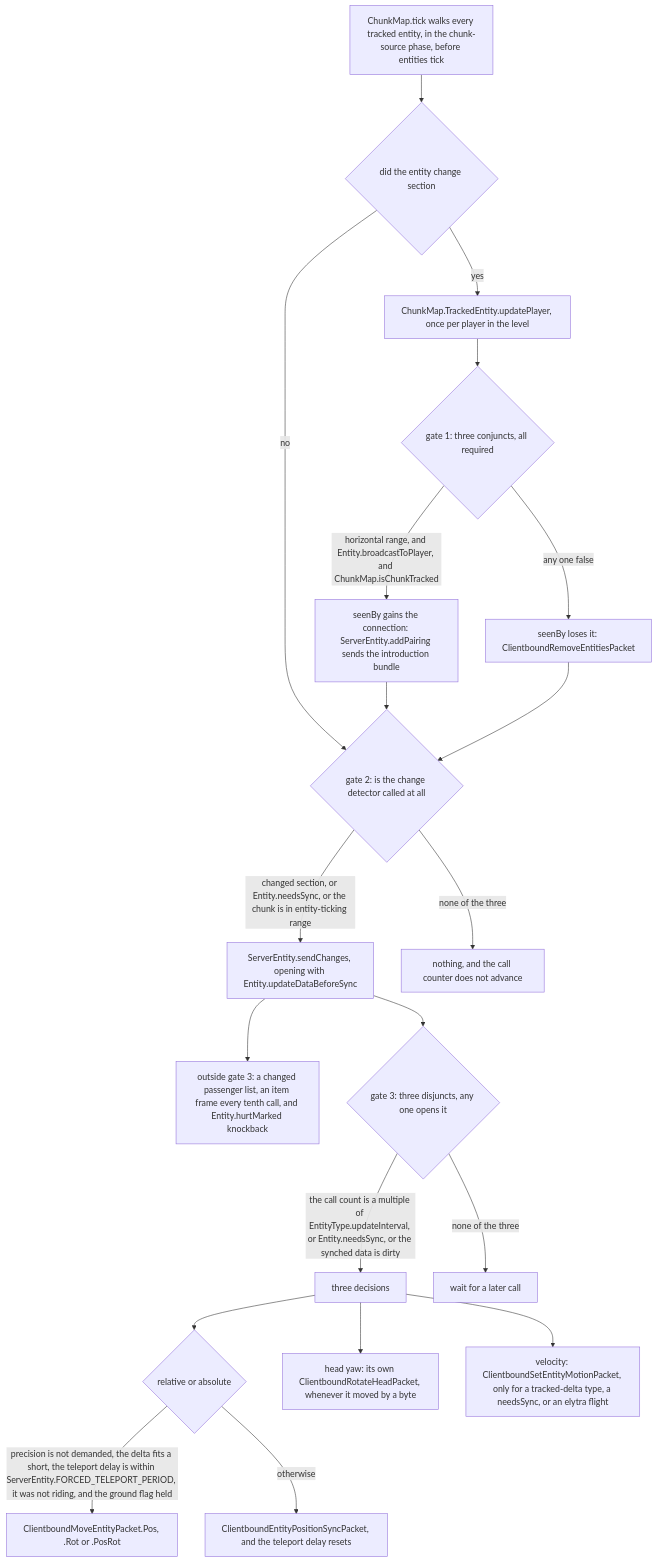
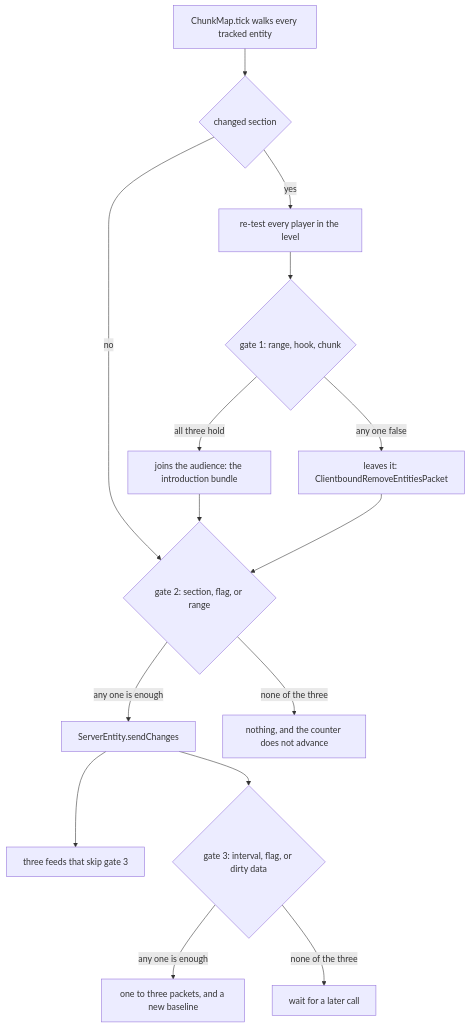
Before and after one commit to AlexanderjFraser/MinecraftDocs: the first of 2 diagrams in src/systems/networking/what-the-client-is-told.md, drawn with Mermaid. The commit also changed other lines of this file and 11 other files, not shown here.

````diff
--- a/src/systems/networking/what-the-client-is-told.md
+++ b/src/systems/networking/what-the-client-is-told.md
@@ -34,22 +34,17 @@
 ```mermaid
 flowchart TD
-    TICK["ChunkMap.tick walks every tracked entity, in the chunk-source phase, before entities tick"] --> SEC{"did the entity change section"}
-    SEC -- yes --> UP["ChunkMap.TrackedEntity.updatePlayer, once per player in the level"]
-    UP --> G1{"gate 1: three conjuncts, all required"}
-    G1 -- "horizontal range, and Entity.broadcastToPlayer, and ChunkMap.isChunkTracked" --> IN["seenBy gains the connection: ServerEntity.addPairing sends the introduction bundle"]
-    G1 -- "any one false" --> OUT["seenBy loses it: ClientboundRemoveEntitiesPacket"]
-    SEC -- no --> G2{"gate 2: is the change detector called at all"}
+    TICK["ChunkMap.tick walks every tracked entity"]:::server --> SEC{"changed section"}
+    SEC -- yes --> UP["re-test every player in the level"]:::server
+    UP --> G1{"gate 1: range, hook, chunk"}
+    G1 -- "all three hold" --> IN["joins the audience: the introduction bundle"]:::server
+    G1 -- "any one false" --> OUT["leaves it: ClientboundRemoveEntitiesPacket"]:::server
+    SEC -- no --> G2{"gate 2: section, flag, or range"}
     IN --> G2
     OUT --> G2
-    G2 -- "changed section, or Entity.needsSync, or the chunk is in entity-ticking range" --> SC["ServerEntity.sendChanges, opening with Entity.updateDataBeforeSync"]
-    G2 -- "none of the three" --> MUTE["nothing, and the call counter does not advance"]
-    SC --> FREE["outside gate 3: a changed passenger list, an item frame every tenth call, and Entity.hurtMarked knockback"]
-    SC --> G3{"gate 3: three disjuncts, any one opens it"}
-    G3 -- "the call count is a multiple of EntityType.updateInterval, or Entity.needsSync, or the synched data is dirty" --> D["three decisions"]
-    G3 -- "none of the three" --> WAIT["wait for a later call"]
-    D --> D1{"relative or absolute"}
-    D1 -- "precision is not demanded, the delta fits a short, the teleport delay is within ServerEntity.FORCED_TELEPORT_PERIOD, it was not riding, and the ground flag held" --> REL["ClientboundMoveEntityPacket.Pos, .Rot or .PosRot"]
-    D1 -- otherwise --> ABS["ClientboundEntityPositionSyncPacket, and the teleport delay resets"]
-    D --> D2["head yaw: its own ClientboundRotateHeadPacket, whenever it moved by a byte"]
-    D --> D3["velocity: ClientboundSetEntityMotionPacket, only for a tracked-delta type, a needsSync, or an elytra flight"]
+    G2 -- "any one is enough" --> SC["ServerEntity.sendChanges"]:::server
+    G2 -- "none of the three" --> MUTE["nothing, and the counter does not advance"]:::server
+    SC --> FREE["three feeds that skip gate 3"]:::server
+    SC --> G3{"gate 3: interval, flag, or dirty data"}
+    G3 -- "any one is enough" --> D["one to three packets, and a new baseline"]:::server
+    G3 -- "none of the three" --> WAIT["wait for a later call"]:::server
 ```
````
